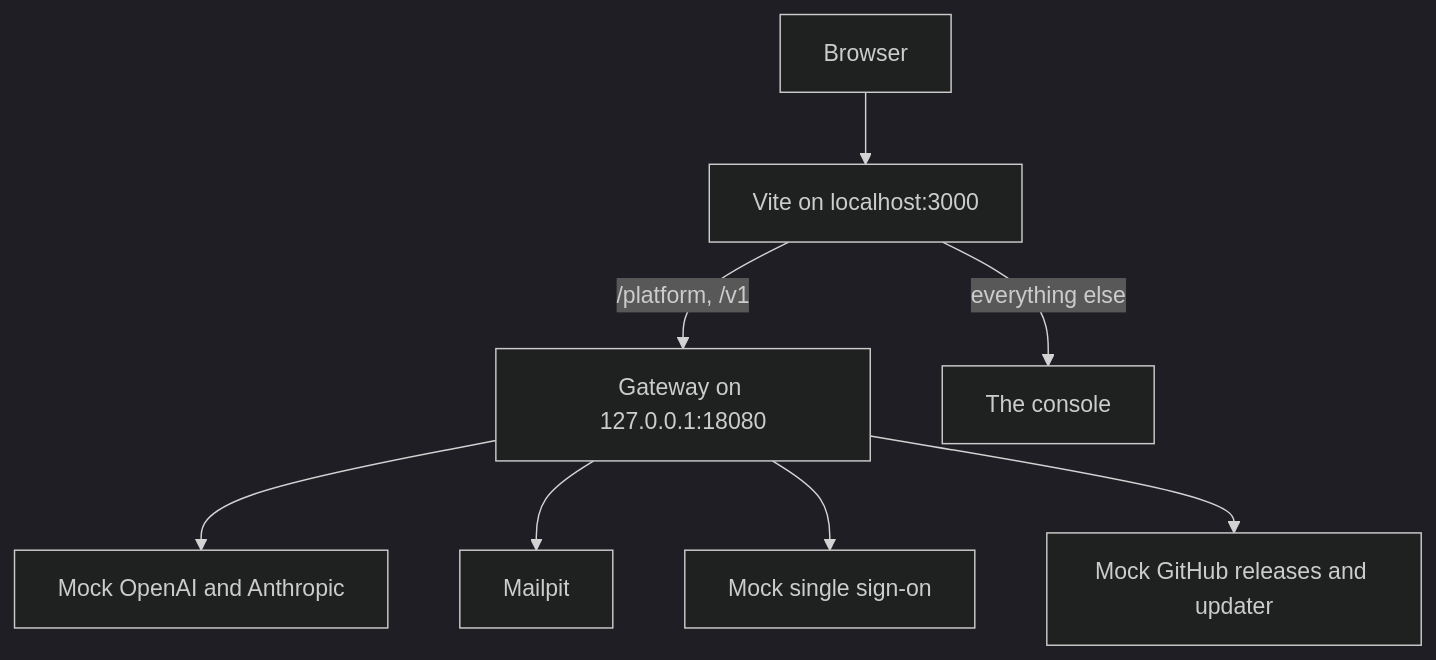
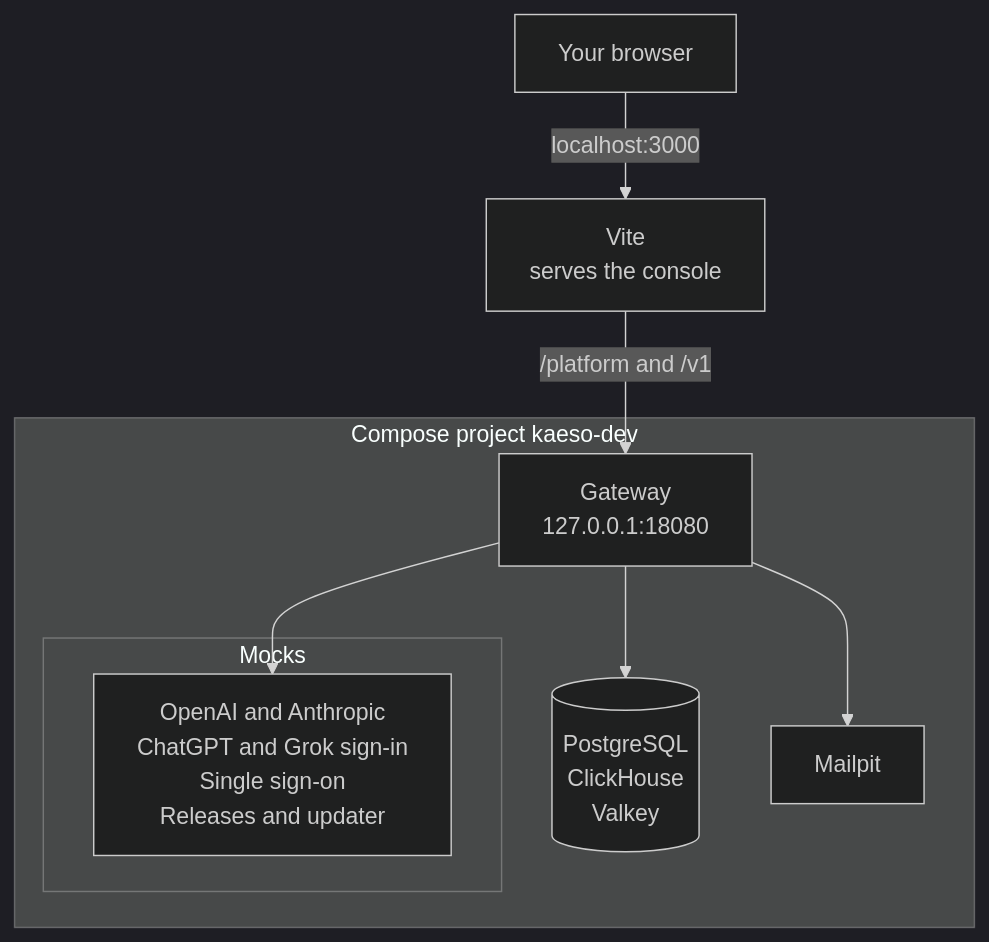
One commit to logicplanes/kaeso changed the diagram in apps/docs/content/en/development/stack.md. Above: the diagram before and after it, drawn with Mermaid (dark theme). The commit also changed 89 other files, not shown here.

First line of the commit message:
Redraw the development pages' diagrams around what a contributor changes

````diff
--- a/apps/docs/content/en/development/stack.md
+++ b/apps/docs/content/en/development/stack.md
@@ -9,12 +9,18 @@
 ```mermaid
 flowchart TD
   accTitle: The development stack
-  accDescr: The browser opens Vite on localhost:3000, which sends /platform and /v1 on to the gateway on 127.0.0.1:18080 and serves the console for everything else. The gateway calls the mock providers, Mailpit, the mock identity provider and the mock releases and updater.
-  browser[Browser] --> vite[Vite on localhost:3000]
-  vite -- /platform, /v1 --> gateway[Gateway on 127.0.0.1:18080]
-  vite -- everything else --> console[The console]
-  gateway --> provider[Mock OpenAI and Anthropic]
-  gateway --> mail[Mailpit]
-  gateway --> idp[Mock single sign-on]
-  gateway --> releases[Mock GitHub releases and updater]
+  accDescr: Your browser opens Vite on localhost:3000, which serves the console and sends /platform and /v1 on to the gateway on 127.0.0.1:18080. The gateway runs in the Compose project kaeso-dev with PostgreSQL, ClickHouse and Valkey, and calls the mock providers, the mock ChatGPT and Grok sign-in, the mock single sign-on, the mock releases and updater, and Mailpit.
+  browser[Your browser]:::outside -- localhost:3000 --> vite[Vite<br>serves the console]
+  vite -- /platform and /v1 --> gateway
+  subgraph stack [Compose project kaeso-dev]
+    gateway[Gateway<br>127.0.0.1:18080]:::accent
+    data[(PostgreSQL<br>ClickHouse<br>Valkey)]
+    subgraph mock [Mocks]
+      mocks[OpenAI and Anthropic<br>ChatGPT and Grok sign-in<br>Single sign-on<br>Releases and updater]
+    end
+    mail[Mailpit]
+  end
+  gateway --> data
+  gateway --> mocks
+  gateway --> mail
 ```
````
